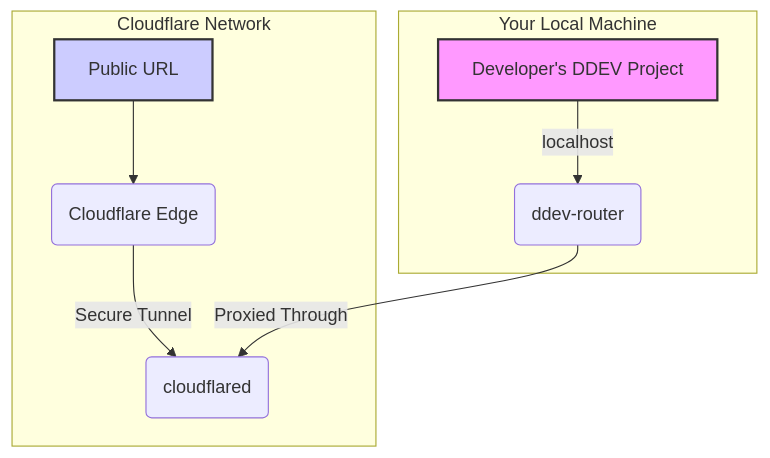
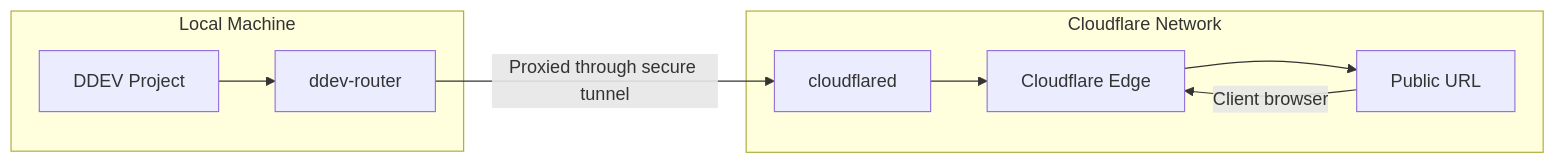
One commit to victorstack-ai/agent-blog changed the diagram in blog/2026-02-21-ddev-v1-25-modular-share-with-cloudflare.md. Above: the diagram before and after it, drawn with Mermaid. The commit also changed other lines of this file and 7 other files, not shown here.

````diff
--- a/blog/2026-02-21-ddev-v1-25-modular-share-with-cloudflare.md
+++ b/blog/2026-02-21-ddev-v1-25-modular-share-with-cloudflare.md
@@ -46,16 +41,12 @@
 ```mermaid
-graph TD
-    subgraph Your Local Machine
-        A[Developer's DDEV Project] -- localhost --> B(ddev-router);
+flowchart LR
+    subgraph Local Machine
+        A[DDEV Project] --> B[ddev-router]
     end
-
     subgraph Cloudflare Network
-        C[Public URL] --> D(Cloudflare Edge);
-        D -- Secure Tunnel --> E(cloudflared);
+        C[cloudflared] --> D[Cloudflare Edge]
+        D --> E[Public URL]
     end
-
-    B -- Proxied Through --> E;
-
-    style A fill:#f9f,stroke:#333,stroke-width:2px
-    style C fill:#ccf,stroke:#333,stroke-width:2px
+    B -->|Proxied through secure tunnel| C
+    E -->|Client browser| D
 ```
````
